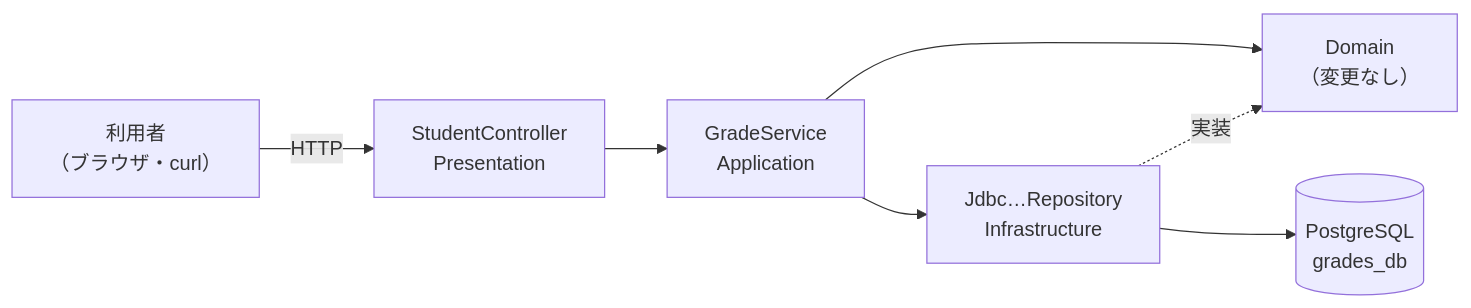
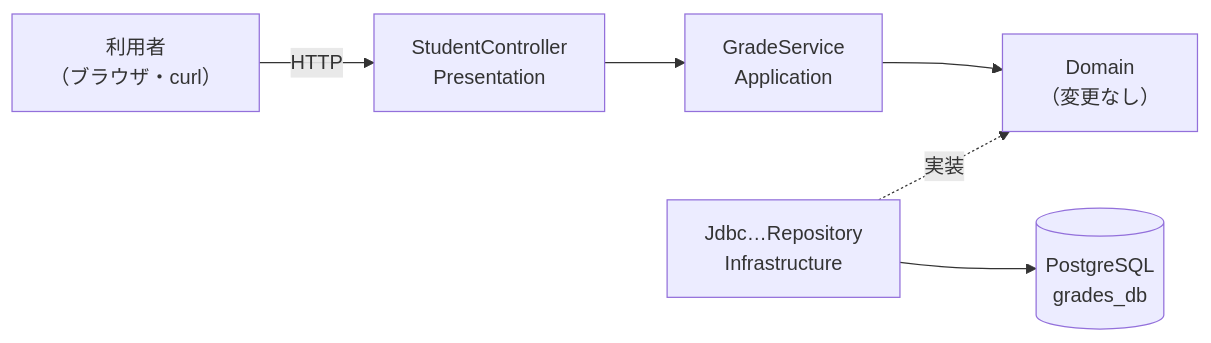
The first of 2 diagrams in 4層アーキテクチャ/07_Spring_Bootで書き直す.md (YTS0418/PRMN_SYSTEM_Lecture), drawn with Mermaid before and after one commit. The commit also changed other lines of this file and 2 other files, not shown here.

First line of the commit message:
docs(architecture): Application 層から Infrastructure 層への矢印を消す

````diff
--- a/4層アーキテクチャ/07_Spring_Bootで書き直す.md
+++ b/4層アーキテクチャ/07_Spring_Bootで書き直す.md
@@ -41,9 +41,8 @@
 ```mermaid
 flowchart LR
     client["利用者<br>（ブラウザ・curl）"] -->|"HTTP"| ctl["StudentController<br>Presentation"]
     ctl --> svc["GradeService<br>Application"]
     svc --> dom["Domain<br>（変更なし）"]
     repo["Jdbc…Repository<br>Infrastructure"] -.->|実装| dom
-    svc --> repo
     repo --> pg[("PostgreSQL<br>grades_db")]
 ```
````
